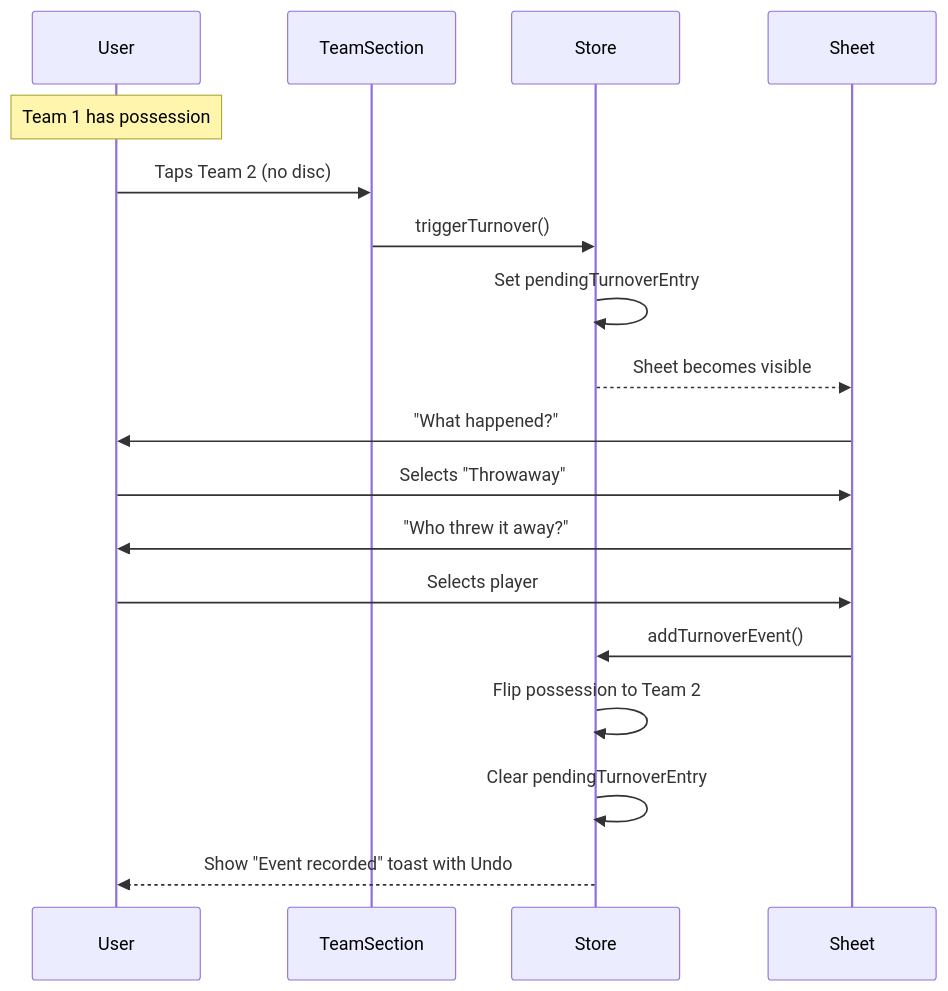
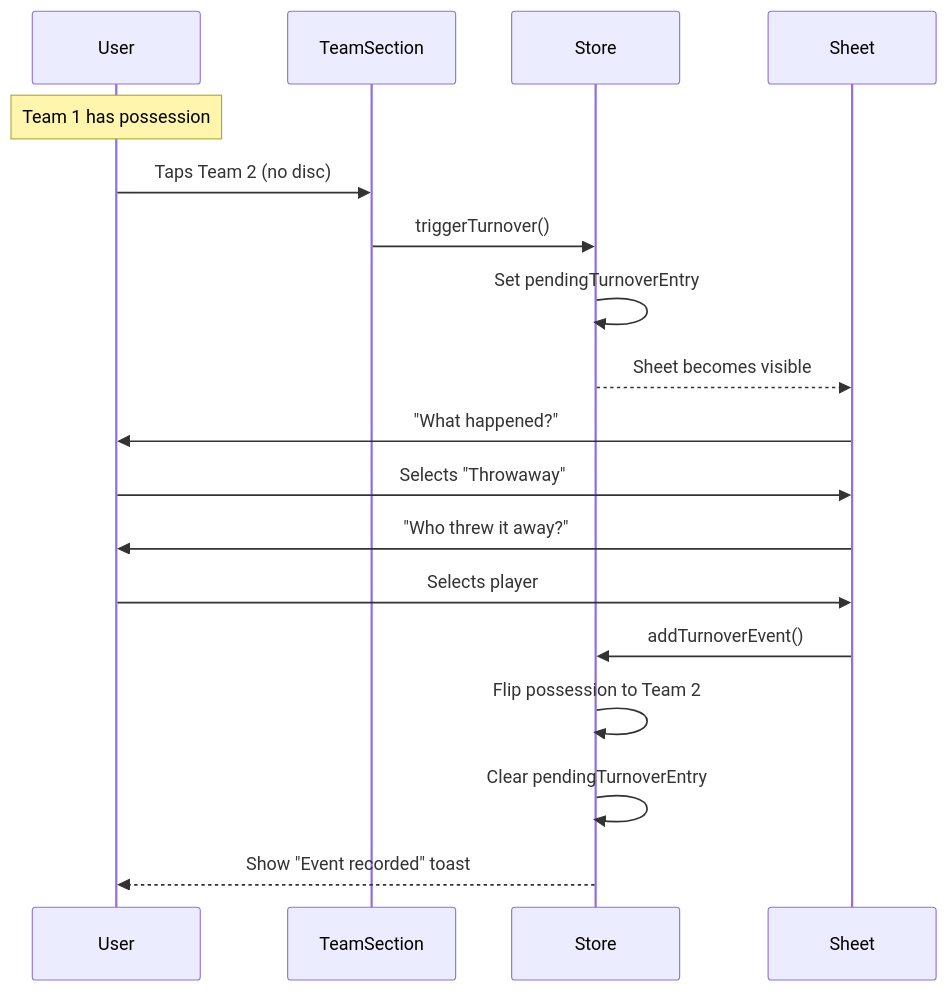
The second of 4 diagrams in docs/turnover-tracking.md (DanLang1/ultimatestats), drawn with Mermaid before and after one commit. The commit also changed other lines of this file and 26 other files, not shown here.

````diff
--- a/docs/turnover-tracking.md
+++ b/docs/turnover-tracking.md
@@ -78,21 +78,21 @@
 ```mermaid
 sequenceDiagram
     participant User
     participant TeamSection
     participant Store
     participant Sheet
 
     Note over User: Team 1 has possession
     User->>TeamSection: Taps Team 2 (no disc)
     TeamSection->>Store: triggerTurnover()
     Store->>Store: Set pendingTurnoverEntry
     Store-->>Sheet: Sheet becomes visible
     Sheet->>User: "What happened?"
     User->>Sheet: Selects "Throwaway"
     Sheet->>User: "Who threw it away?"
     User->>Sheet: Selects player
     Sheet->>Store: addTurnoverEvent()
     Store->>Store: Flip possession to Team 2
     Store->>Store: Clear pendingTurnoverEntry
-    Store-->>User: Show "Event recorded" toast with Undo
+    Store-->>User: Show "Event recorded" toast
 ```
````
